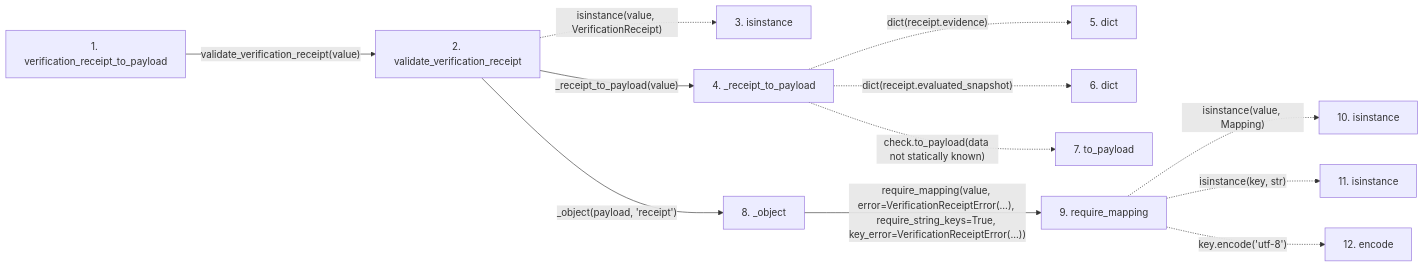
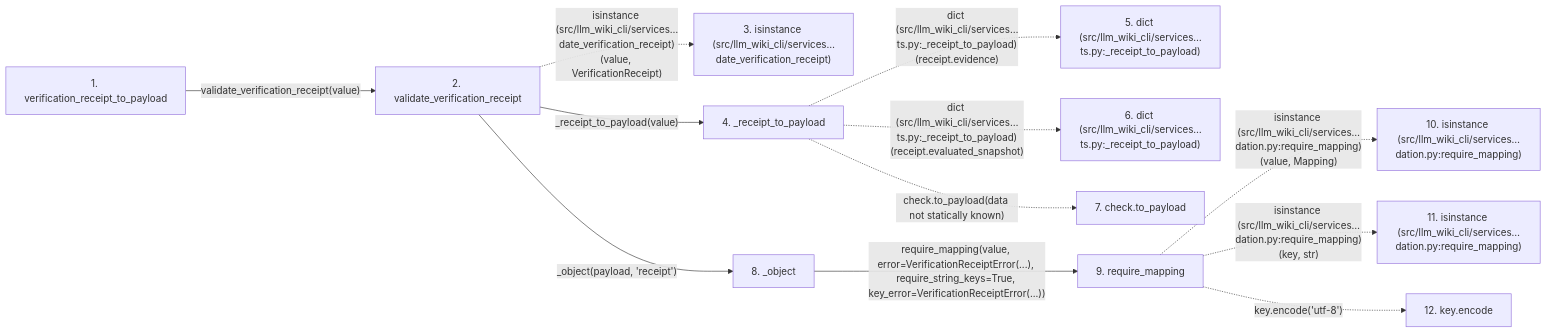
Before and after one commit to Denissvgn/python-wiki-llm: the second of 2 diagrams in docs/llm_wiki/flows/api-verification_receipt_to_payload.md, drawn with Mermaid. The commit also changed other lines of this file and 719 other files, not shown here.

````diff
--- a/docs/llm_wiki/flows/api-verification_receipt_to_payload.md
+++ b/docs/llm_wiki/flows/api-verification_receipt_to_payload.md
@@ -69,31 +72,31 @@
 ```mermaid
 flowchart LR
     s1["1. verification_receipt_to_payload"]
     s2["2. validate_verification_receipt"]
-    s3["3. isinstance"]
+    s3["3. isinstance (src/llm_wiki_cli/services…date_verification_receipt)"]
     s4["4. _receipt_to_payload"]
-    s5["5. dict"]
-    s6["6. dict"]
-    s7["7. to_payload"]
+    s5["5. dict (src/llm_wiki_cli/services…ts.py:_receipt_to_payload)"]
+    s6["6. dict (src/llm_wiki_cli/services…ts.py:_receipt_to_payload)"]
+    s7["7. check.to_payload"]
     s8["8. _object"]
     s9["9. require_mapping"]
-    s10["10. isinstance"]
-    s11["11. isinstance"]
-    s12["12. encode"]
+    s10["10. isinstance (src/llm_wiki_cli/services…dation.py:require_mapping)"]
+    s11["11. isinstance (src/llm_wiki_cli/services…dation.py:require_mapping)"]
+    s12["12. key.encode"]
     s1 -->|"validate_verification_receipt(value)"| s2
-    s2 -. "isinstance(value, VerificationReceipt)" .-> s3
+    s2 -. "isinstance (src/llm_wiki_cli/services…date_verification_receipt)(value, VerificationReceipt)" .-> s3
     s2 -->|"_receipt_to_payload(value)"| s4
-    s4 -. "dict(receipt.evidence)" .-> s5
-    s4 -. "dict(receipt.evaluated_snapshot)" .-> s6
+    s4 -. "dict (src/llm_wiki_cli/services…ts.py:_receipt_to_payload)(receipt.evidence)" .-> s5
+    s4 -. "dict (src/llm_wiki_cli/services…ts.py:_receipt_to_payload)(receipt.evaluated_snapshot)" .-> s6
     s4 -. "check.to_payload(data not statically known)" .-> s7
     s2 -->|"_object(payload, 'receipt')"| s8
     s8 -->|"require_mapping(value, error=VerificationReceiptError(...), require_string_keys=True, key_error=VerificationReceiptError(...))"| s9
-    s9 -. "isinstance(value, Mapping)" .-> s10
-    s9 -. "isinstance(key, str)" .-> s11
+    s9 -. "isinstance (src/llm_wiki_cli/services…dation.py:require_mapping)(value, Mapping)" .-> s10
+    s9 -. "isinstance (src/llm_wiki_cli/services…dation.py:require_mapping)(key, str)" .-> s11
     s9 -. "key.encode('utf-8')" .-> s12
     click s1 "../modules/verification_contracts.md"
     click s2 "../modules/verification_contracts.md"
     click s4 "../modules/verification_contracts.md"
     click s8 "../modules/verification_contracts.md"
     click s9 "../modules/validation.md"
 ```
````
